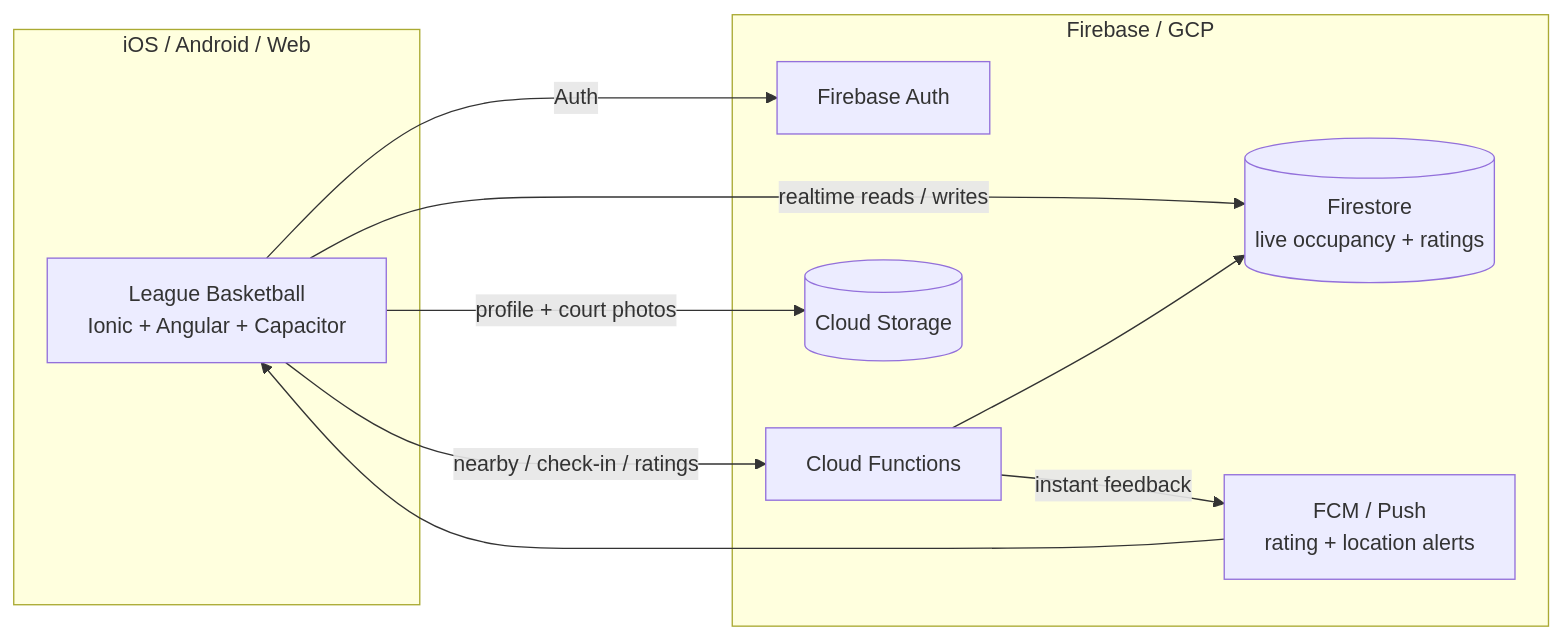
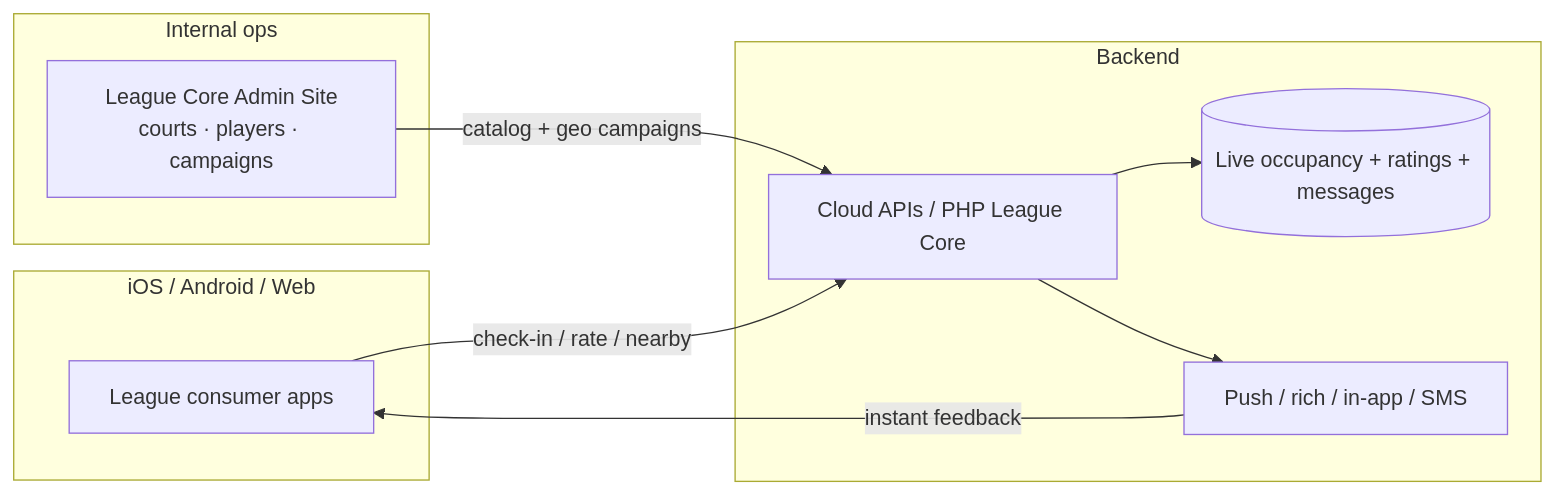
One commit to TheGoat96/LeagueMobileApps_Showcase changed the diagram in README.md. Above: the diagram before and after it, drawn with Mermaid. The commit also changed other lines of this file and 19 other files, not shown here.

Commit message:
Add League Core admin console talking points and sanitized snippets.

````diff
--- a/README.md
+++ b/README.md
@@ -126,22 +141,22 @@
 ```mermaid
 flowchart LR
   subgraph Mobile["iOS / Android / Web"]
-    APP["League Basketball\nIonic + Angular + Capacitor"]
+    APP["League consumer apps"]
   end
 
-  subgraph Cloud["Firebase / GCP"]
-    AUTH["Firebase Auth"]
-    CF["Cloud Functions"]
-    FS[(Firestore\nlive occupancy + ratings)]
-    ST[(Cloud Storage)]
-    FCM["FCM / Push\nrating + location alerts"]
+  subgraph Ops["Internal ops"]
+    ADM["League Core Admin Site\ncourts · players · campaigns"]
   end
 
-  APP -->|Auth| AUTH
-  APP -->|realtime reads / writes| FS
-  APP -->|profile + court photos| ST
-  APP -->|nearby / check-in / ratings| CF
-  CF --> FS
-  CF -->|instant feedback| FCM
-  FCM --> APP
+  subgraph Cloud["Backend"]
+    API["Cloud APIs / PHP League Core"]
+    DATA[(Live occupancy + ratings + messages)]
+    PUSH["Push / rich / in-app / SMS"]
+  end
+
+  APP -->|check-in / rate / nearby| API
+  ADM -->|catalog + geo campaigns| API
+  API --> DATA
+  API --> PUSH
+  PUSH -->|instant feedback| APP
 ```
````
